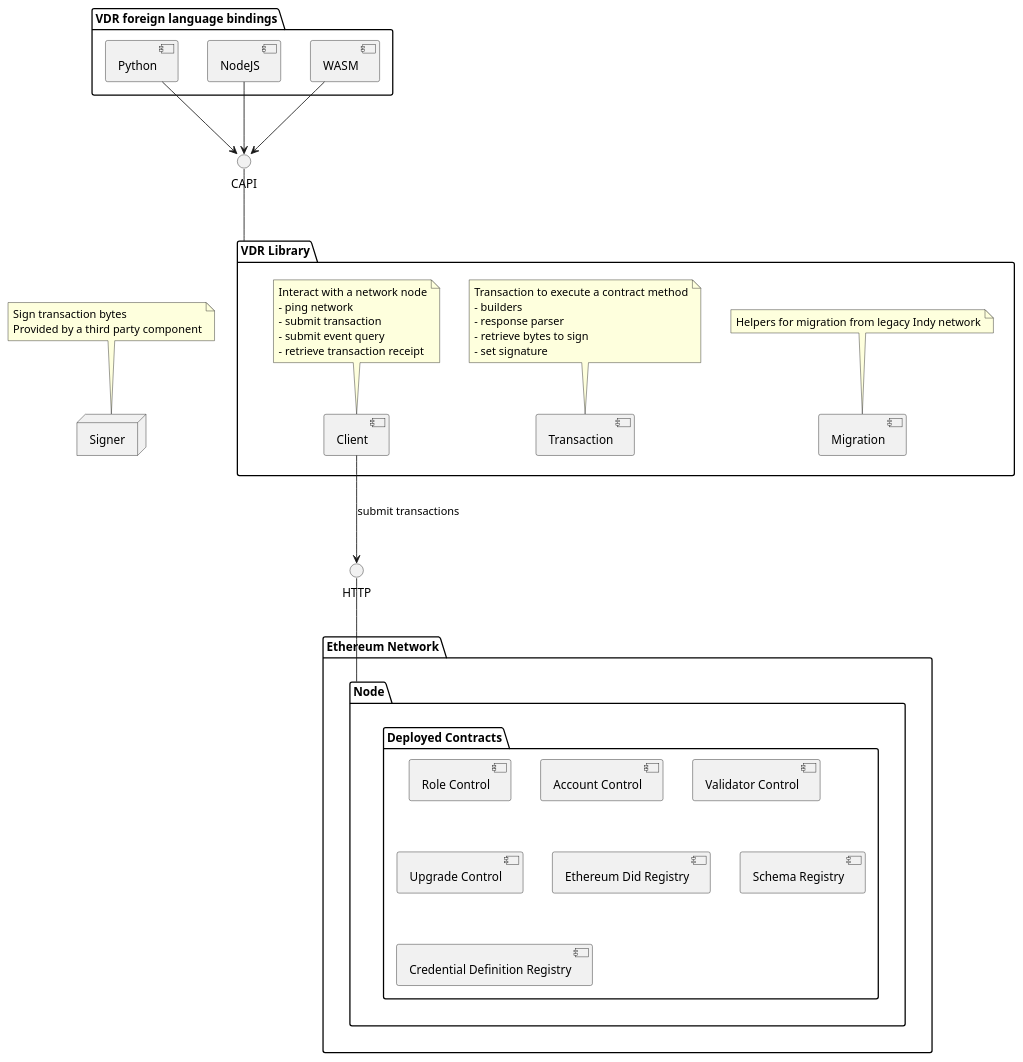
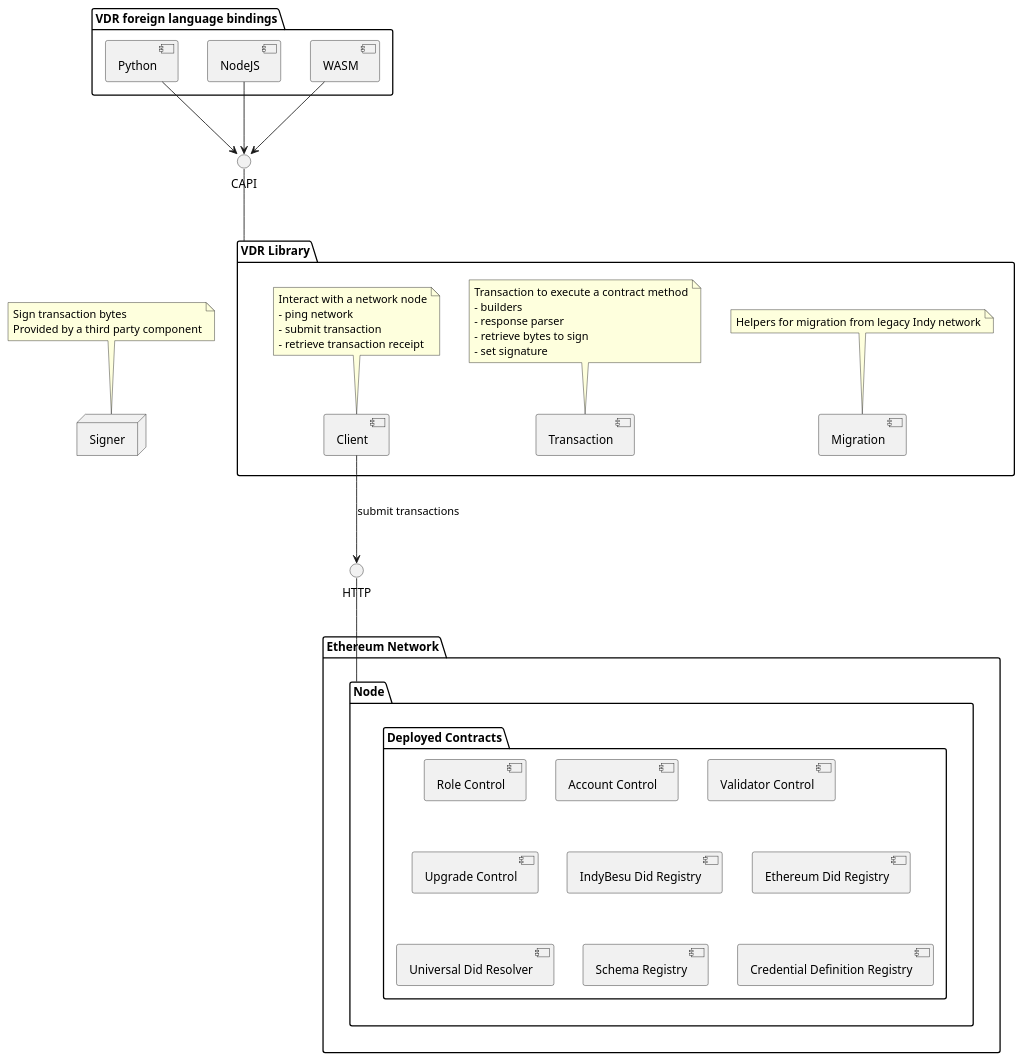
Before and after one commit to hyperledger/indy-besu: the diagram in docs/design/conmponents.puml, drawn with PlantUML. The commit also changed 120 other files, not shown here.

```diff
--- a/docs/design/conmponents.puml
+++ b/docs/design/conmponents.puml
@@ -1,70 +1,71 @@
 @startuml
 
 package "Ethereum Network" {
     package "Node" {
         package "Deployed Contracts" {
             component [Role Control]
             component [Account Control]
             component [Validator Control]
             component [Upgrade Control]
+            component [IndyBesu Did Registry]
             component [Ethereum Did Registry]
+            component [Universal Did Resolver]
             component [Schema Registry]
             component [Credential Definition Registry]
         }
     }
 }
 
 together {
 
     package "VDR Library" {
 
         component Migration
         note top of [Migration]
           Helpers for migration from legacy Indy network
         end note
 
         component Transaction
         note top of [Transaction]
           Transaction to execute a contract method
           - builders
           - response parser
           - retrieve bytes to sign
           - set signature
         end note
 
         component Client
         note top of [Client]
           Interact with a network node
           - ping network
           - submit transaction
-          - submit event query
           - retrieve transaction receipt
         end note
     }
 
     node Signer
     note top of [Signer]
       Sign transaction bytes
       Provided by a third party component
     end note
 
 }
 
 package "VDR foreign language bindings" {
     component Python
     component NodeJS
     component WASM
 }
 
 interface HTTP
 interface CAPI
 
 [Client] --> HTTP : submit transactions
 HTTP -- [Node]
 
 [Python] --> [CAPI]
 [NodeJS] --> [CAPI]
 [WASM] --> [CAPI]
 [CAPI] -- [VDR Library]
 
 @enduml
```
